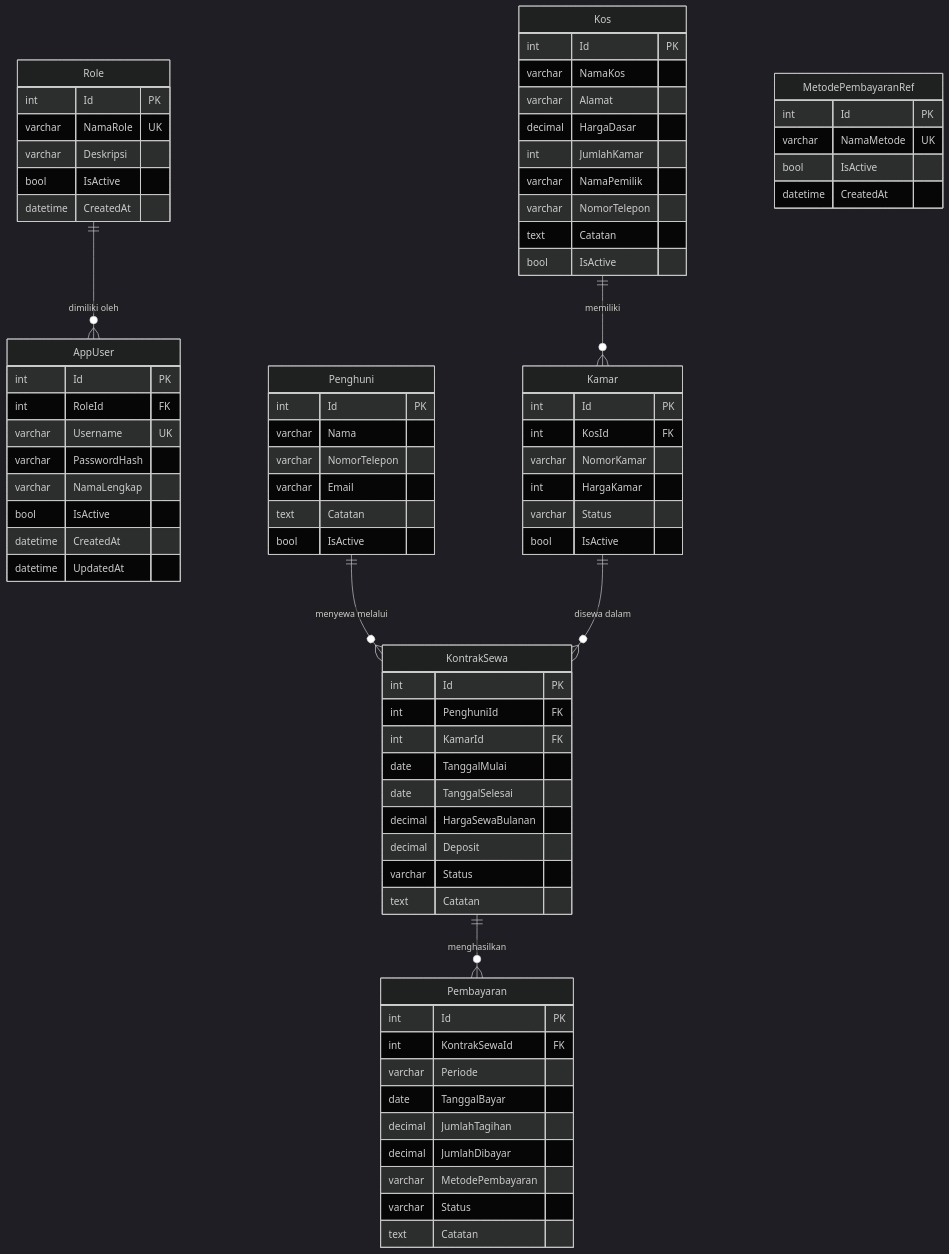
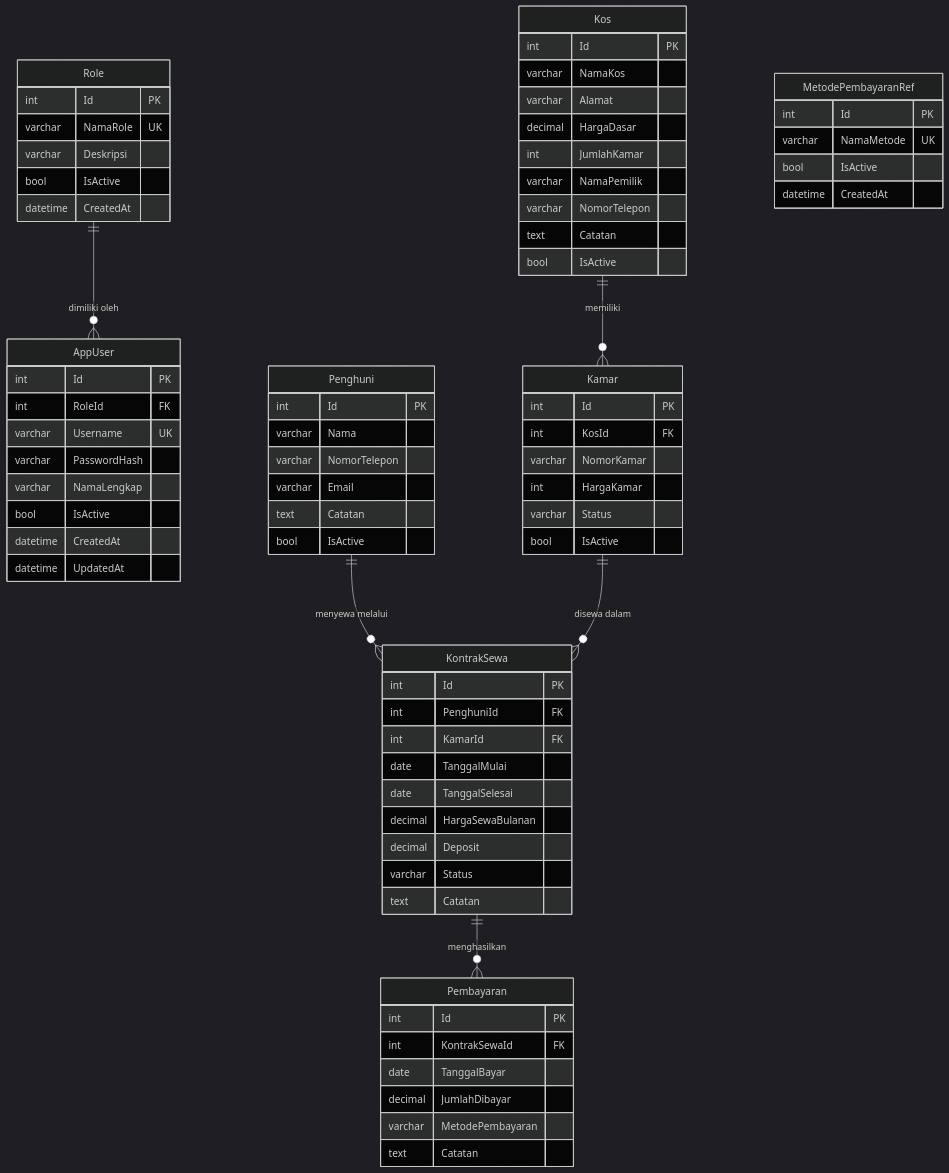
Before and after one commit to kpl-rpl/management-kos: the first of 2 diagrams in DIAGRAM.md, drawn with Mermaid (dark theme). The commit also changed other lines of this file and 15 other files, not shown here.

```diff
--- a/DIAGRAM.md
+++ b/DIAGRAM.md
@@ -68,12 +68,9 @@
     Pembayaran {
         int Id PK
         int KontrakSewaId FK
-        varchar Periode
         date TanggalBayar
-        decimal JumlahTagihan
         decimal JumlahDibayar
         varchar MetodePembayaran
-        varchar Status
         text Catatan
     }
 
```
